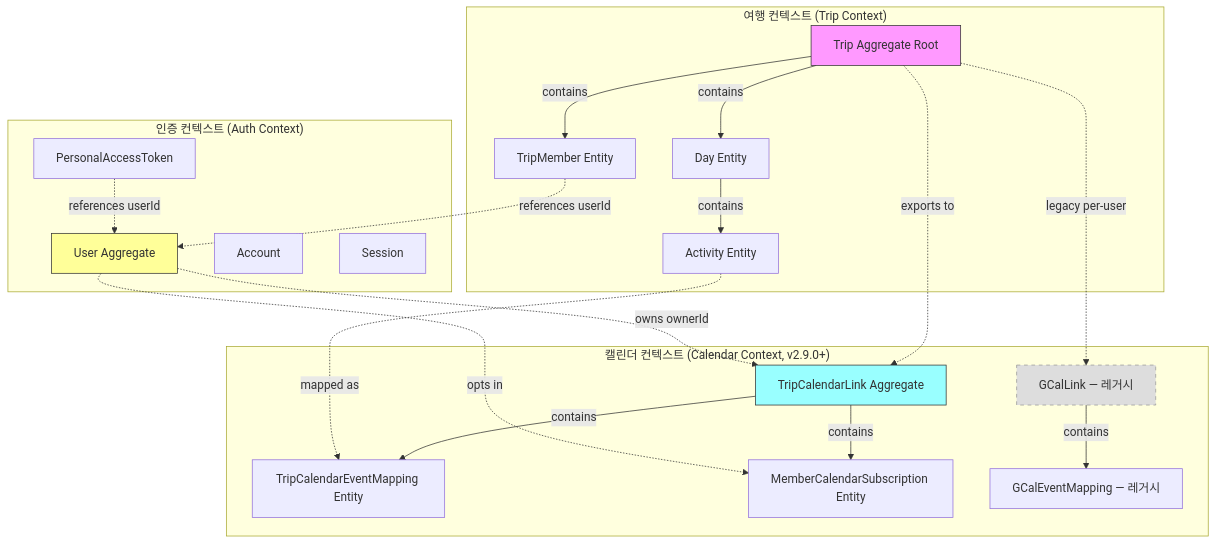
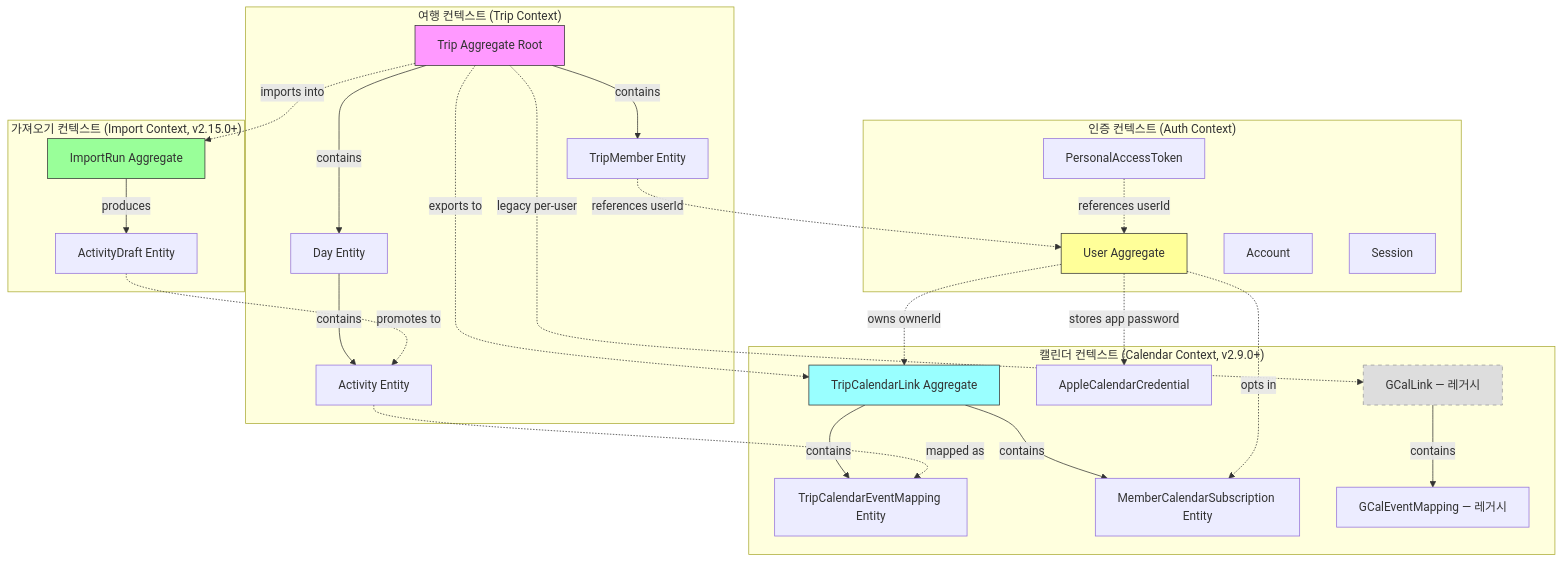
One commit to idean3885/trip-planner changed the first of 3 diagrams in docs/DOMAIN.md. Above: the diagram before and after it, drawn with Mermaid. The commit also changed other lines of this file and 6 other files, not shown here.

First line of the commit message:
docs: v4.5.0 기준 개발 문서 현행화 (ERD·아키텍처·다이어그램)

````diff
--- a/docs/DOMAIN.md
+++ b/docs/DOMAIN.md
@@ -9,43 +9,54 @@
 ```mermaid
 graph TB
     subgraph "여행 컨텍스트 (Trip Context)"
         TA[Trip Aggregate Root]
         DA[Day Entity]
         AA[Activity Entity]
         TM[TripMember Entity]
     end
 
     subgraph "인증 컨텍스트 (Auth Context)"
         UA[User Aggregate]
         AC[Account]
         SE[Session]
         PA[PersonalAccessToken]
     end
 
     subgraph "캘린더 컨텍스트 (Calendar Context, v2.9.0+)"
         TCL[TripCalendarLink Aggregate]
         TCEM[TripCalendarEventMapping Entity]
         MCS[MemberCalendarSubscription Entity]
+        ACC[AppleCalendarCredential]
         GCL[GCalLink — 레거시]
         GCEM[GCalEventMapping — 레거시]
+    end
+
+    subgraph "가져오기 컨텍스트 (Import Context, v2.15.0+)"
+        IR[ImportRun Aggregate]
+        ADRF[ActivityDraft Entity]
     end
 
     TA -->|contains| DA
     DA -->|contains| AA
     TA -->|contains| TM
     TM -.->|references userId| UA
     PA -.->|references userId| UA
     TA -.->|exports to| TCL
     TCL -->|contains| TCEM
     TCL -->|contains| MCS
     AA -.->|mapped as| TCEM
     UA -.->|owns ownerId| TCL
+    UA -.->|stores app password| ACC
     UA -.->|opts in| MCS
     TA -.->|legacy per-user| GCL
     GCL -->|contains| GCEM
+    TA -.->|imports into| IR
+    IR -->|produces| ADRF
+    ADRF -.->|promotes to| AA
 
     style TA fill:#f9f,stroke:#333
     style UA fill:#ff9,stroke:#333
     style TCL fill:#9ff,stroke:#333
+    style IR fill:#9f9,stroke:#333
     style GCL fill:#ddd,stroke:#999,stroke-dasharray: 5 5
 ```
````
